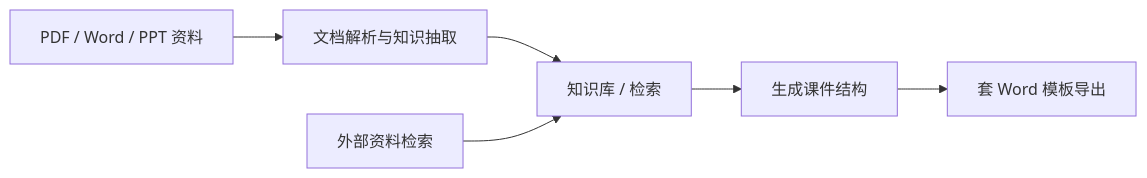
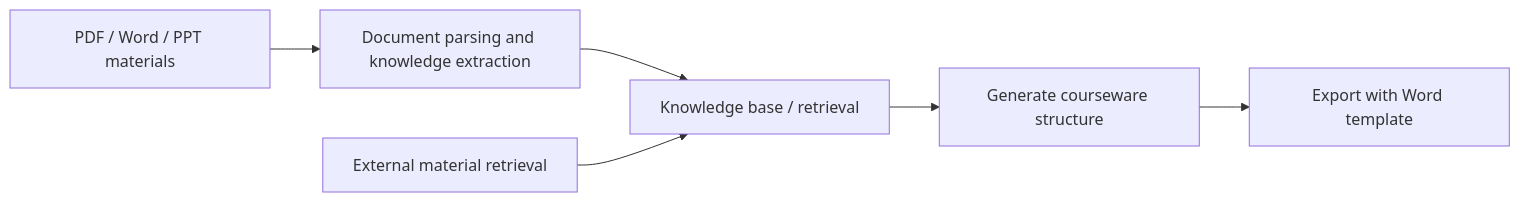
One commit to oudbiao/AI-fullstack-course changed the first of 2 diagrams in docs/ch08-rag/ch05-projects/04-courseware-assistant.md. Above: the diagram before and after it, drawn with Mermaid. The commit also changed other lines of this file and 1406 other files, not shown here.

````diff
--- a/docs/ch08-rag/ch05-projects/04-courseware-assistant.md
+++ b/docs/ch08-rag/ch05-projects/04-courseware-assistant.md
@@ -40,8 +40,8 @@
 ```mermaid
 flowchart LR
-    A["PDF / Word / PPT 资料"] --> B["文档解析与知识抽取"]
-    B --> C["知识库 / 检索"]
-    D["外部资料检索"] --> C
-    C --> E["生成课件结构"]
-    E --> F["套 Word 模板导出"]
+    A["PDF / Word / PPT materials"] --> B["Document parsing and knowledge extraction"]
+    B --> C["Knowledge base / retrieval"]
+    D["External material retrieval"] --> C
+    C --> E["Generate courseware structure"]
+    E --> F["Export with Word template"]
 ```
````
